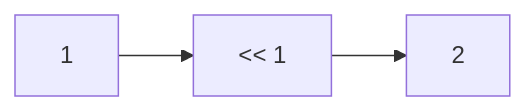
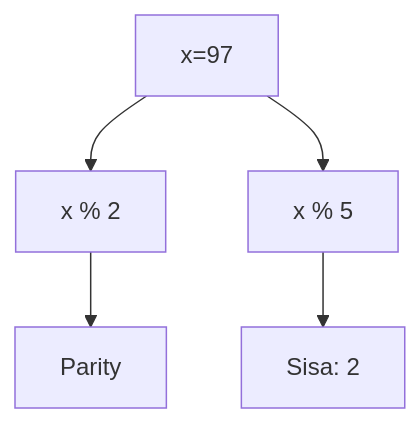
The fifth of 25 diagrams in part-c-pemahaman-cpp/06-bitwise/latihan/set-09.md (amnahwaida/OSNK_INF_PREP), drawn with Mermaid before and after one commit. The commit also changed other lines of this file and 71 other files, not shown here.

````diff
--- a/part-c-pemahaman-cpp/06-bitwise/latihan/set-09.md
+++ b/part-c-pemahaman-cpp/06-bitwise/latihan/set-09.md
@@ -129,5 +145,7 @@
 ```mermaid
-graph LR
-    A[1] --> B["<< 1"]
-    B --> C[2]
+graph TD
+A[x=97] --> B[x % 2]
+B --> C[Parity]
+A --> D[x % 5]
+D --> E[Sisa: 2]
 ```
````
